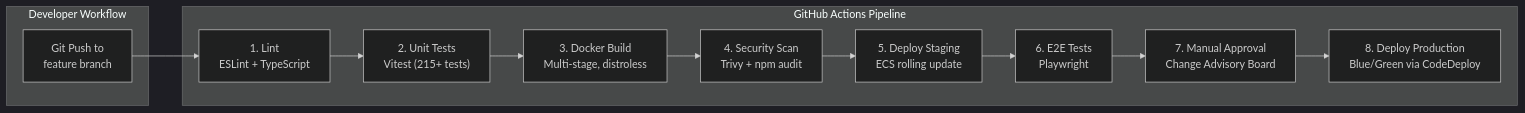
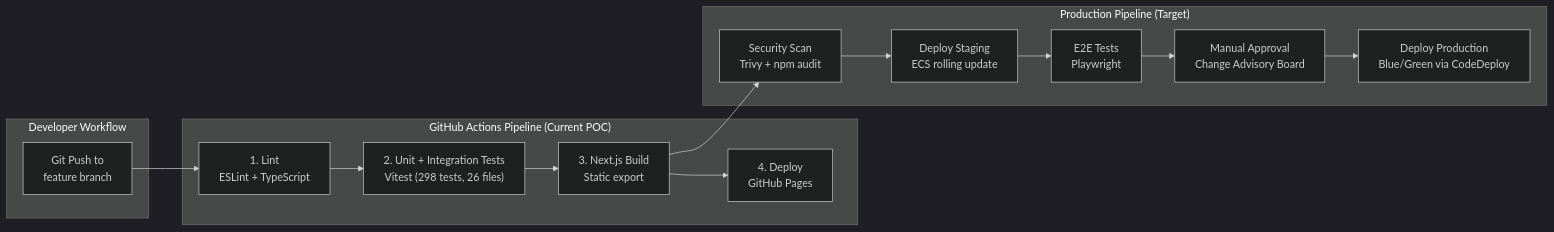
One commit to macleoda-leidos/aib-iaas-poc changed the ninth of 9 diagrams in docs/architecture.md. Above: the diagram before and after it, drawn with Mermaid (dark theme). The commit also changed other lines of this file and 8 other files, not shown here.

First line of the commit message:
fix: GitHub Pages deploy via gh-pages branch + Docker module resolution

````diff
--- a/docs/architecture.md
+++ b/docs/architecture.md
@@ -672,20 +718,24 @@
 ```mermaid
 graph LR
     subgraph "Developer Workflow"
         commit["Git Push to<br/>feature branch"]
     end
 
-    subgraph "GitHub Actions Pipeline"
+    subgraph "GitHub Actions Pipeline (Current POC)"
         lint["1. Lint<br/>ESLint + TypeScript"]
-        test["2. Unit Tests<br/>Vitest (215+ tests)"]
-        build["3. Docker Build<br/>Multi-stage, distroless"]
-        scan["4. Security Scan<br/>Trivy + npm audit"]
-        staging["5. Deploy Staging<br/>ECS rolling update"]
-        e2e["6. E2E Tests<br/>Playwright"]
-        approve["7. Manual Approval<br/>Change Advisory Board"]
-        prod["8. Deploy Production<br/>Blue/Green via CodeDeploy"]
+        test["2. Unit + Integration Tests<br/>Vitest (298 tests, 26 files)"]
+        build["3. Next.js Build<br/>Static export"]
+        deploy["4. Deploy<br/>GitHub Pages"]
     end
 
-    commit --> lint --> test --> build --> scan
-    scan --> staging --> e2e --> approve --> prod
+    subgraph "Production Pipeline (Target)"
+        scan["Security Scan<br/>Trivy + npm audit"]
+        staging["Deploy Staging<br/>ECS rolling update"]
+        e2e["E2E Tests<br/>Playwright"]
+        approve["Manual Approval<br/>Change Advisory Board"]
+        prod["Deploy Production<br/>Blue/Green via CodeDeploy"]
+    end
+
+    commit --> lint --> test --> build --> deploy
+    build --> scan --> staging --> e2e --> approve --> prod
 ```
````
